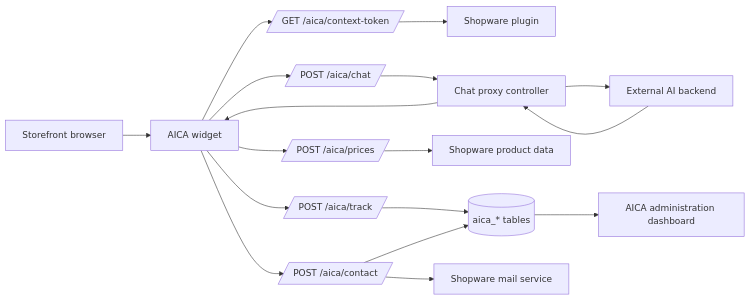
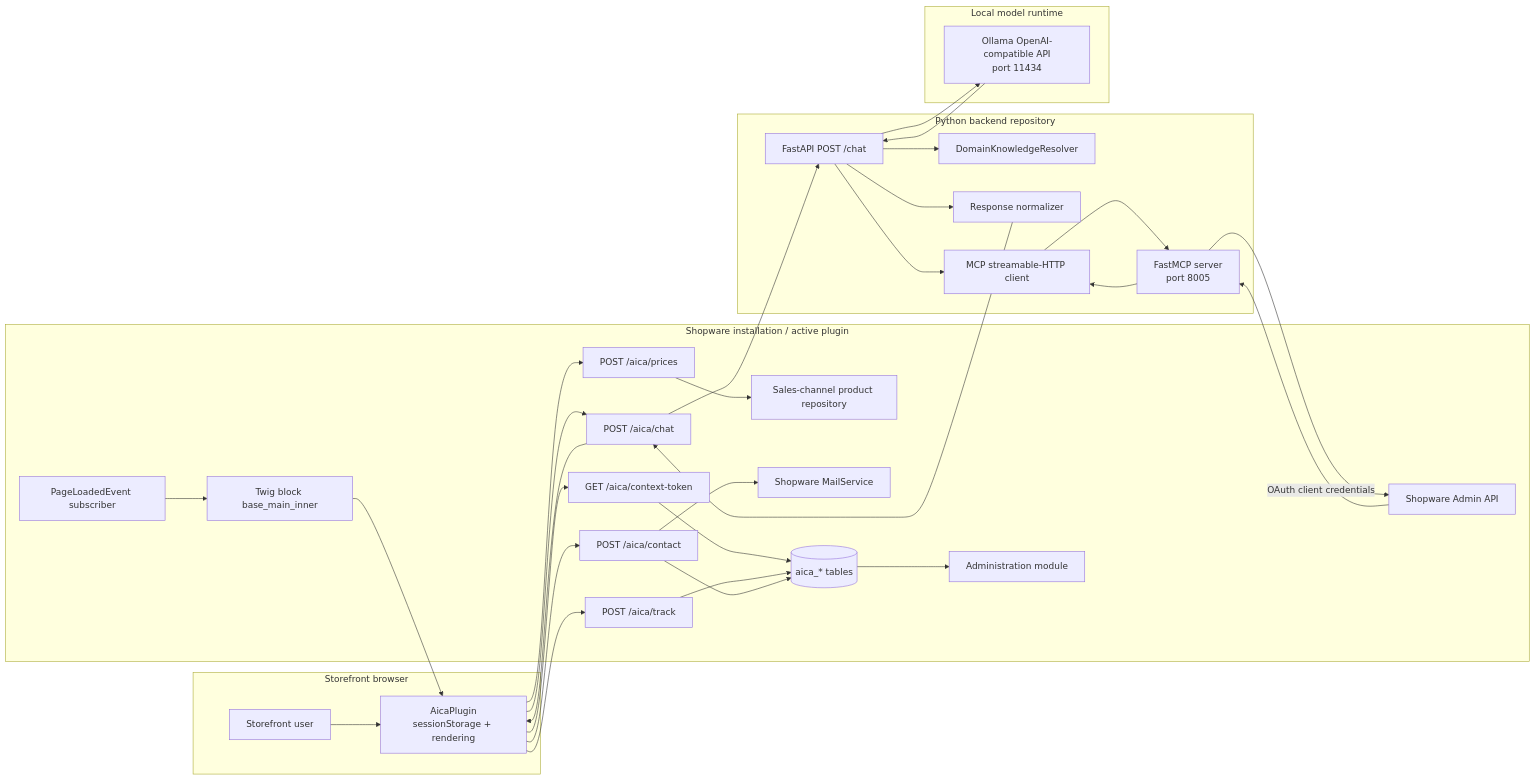
The first of 4 diagrams in docs/architecture.md (astrotmo/AiCommerceAssistant), drawn with Mermaid before and after one commit. The commit also changed other lines of this file and 16 other files, not shown here.

````diff
--- a/docs/architecture.md
+++ b/docs/architecture.md
@@ -5,21 +134,61 @@
 ```mermaid
 flowchart LR
-    Browser[Storefront browser] --> Widget[AICA widget]
-    Widget --> Context[/GET /aica/context-token/]
-    Widget --> Chat[/POST /aica/chat/]
-    Widget --> Prices[/POST /aica/prices/]
-    Widget --> Track[/POST /aica/track/]
-    Widget --> Contact[/POST /aica/contact/]
+    subgraph Browser["Storefront browser"]
+        User[Storefront user]
+        Widget["AicaPlugin<br/>sessionStorage + rendering"]
+    end
 
-    Context --> Shopware[Shopware plugin]
-    Chat --> Proxy[Chat proxy controller]
-    Proxy --> Backend[External AI backend]
-    Backend --> Proxy
+    subgraph Shopware["Shopware installation / active plugin"]
+        Subscriber[PageLoadedEvent subscriber]
+        Twig["Twig block base_main_inner"]
+        Context["GET /aica/context-token"]
+        Proxy["POST /aica/chat"]
+        Price["POST /aica/prices"]
+        Track["POST /aica/track"]
+        Contact["POST /aica/contact"]
+        SalesRepo[Sales-channel product repository]
+        Mail[Shopware MailService]
+        DAL[(aica_* tables)]
+        Admin[Administration module]
+        AdminAPI[Shopware Admin API]
+    end
+
+    subgraph Backend["Python backend repository"]
+        Chat["FastAPI POST /chat"]
+        Knowledge[DomainKnowledgeResolver]
+        Normalize[Response normalizer]
+        MCPClient[MCP streamable-HTTP client]
+        MCPServer["FastMCP server<br/>port 8005"]
+    end
+
+    subgraph Model["Local model runtime"]
+        Ollama["Ollama OpenAI-compatible API<br/>port 11434"]
+    end
+
+    User --> Widget
+    Subscriber --> Twig
+    Twig --> Widget
+    Widget --> Context
+    Context --> DAL
+    Widget --> Proxy
+    Proxy --> Chat
+    Chat --> Knowledge
+    Chat --> Ollama
+    Chat --> MCPClient
+    MCPClient --> MCPServer
+    MCPServer -->|OAuth client credentials| AdminAPI
+    AdminAPI --> MCPServer
+    MCPServer --> MCPClient
+    Ollama --> Chat
+    Chat --> Normalize
+    Normalize --> Proxy
     Proxy --> Widget
-
-    Prices --> ProductRepo[Shopware product data]
-    Track --> Persistence[(aica_* tables)]
-    Contact --> Mail[Shopware mail service]
-    Contact --> Persistence
-    Persistence --> Admin[AICA administration dashboard]
+    Widget --> Price
+    Price --> SalesRepo
+    Widget --> Track
+    Track --> DAL
+    Widget --> Contact
+    Contact --> Mail
+    Contact --> DAL
+    DAL --> Admin
 ```
````
